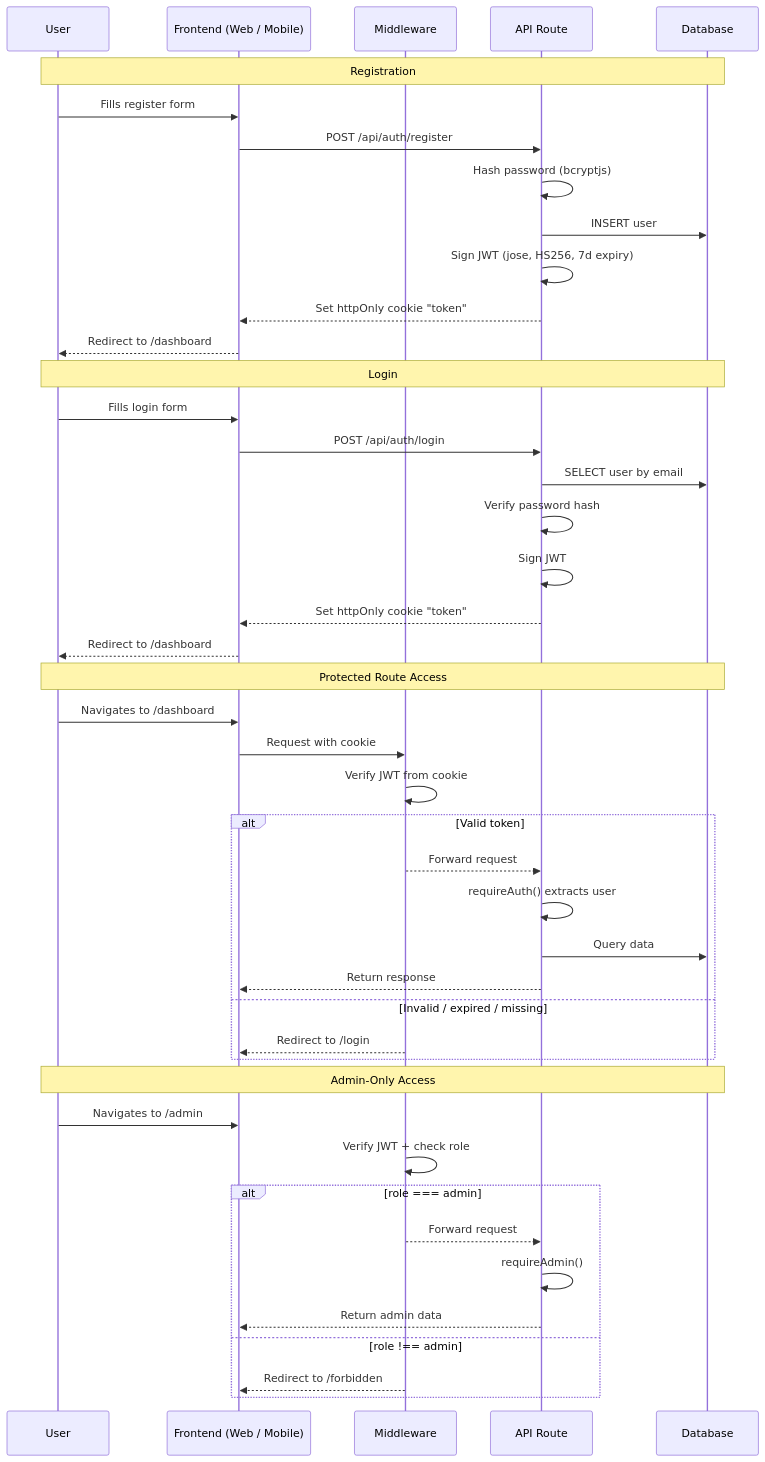
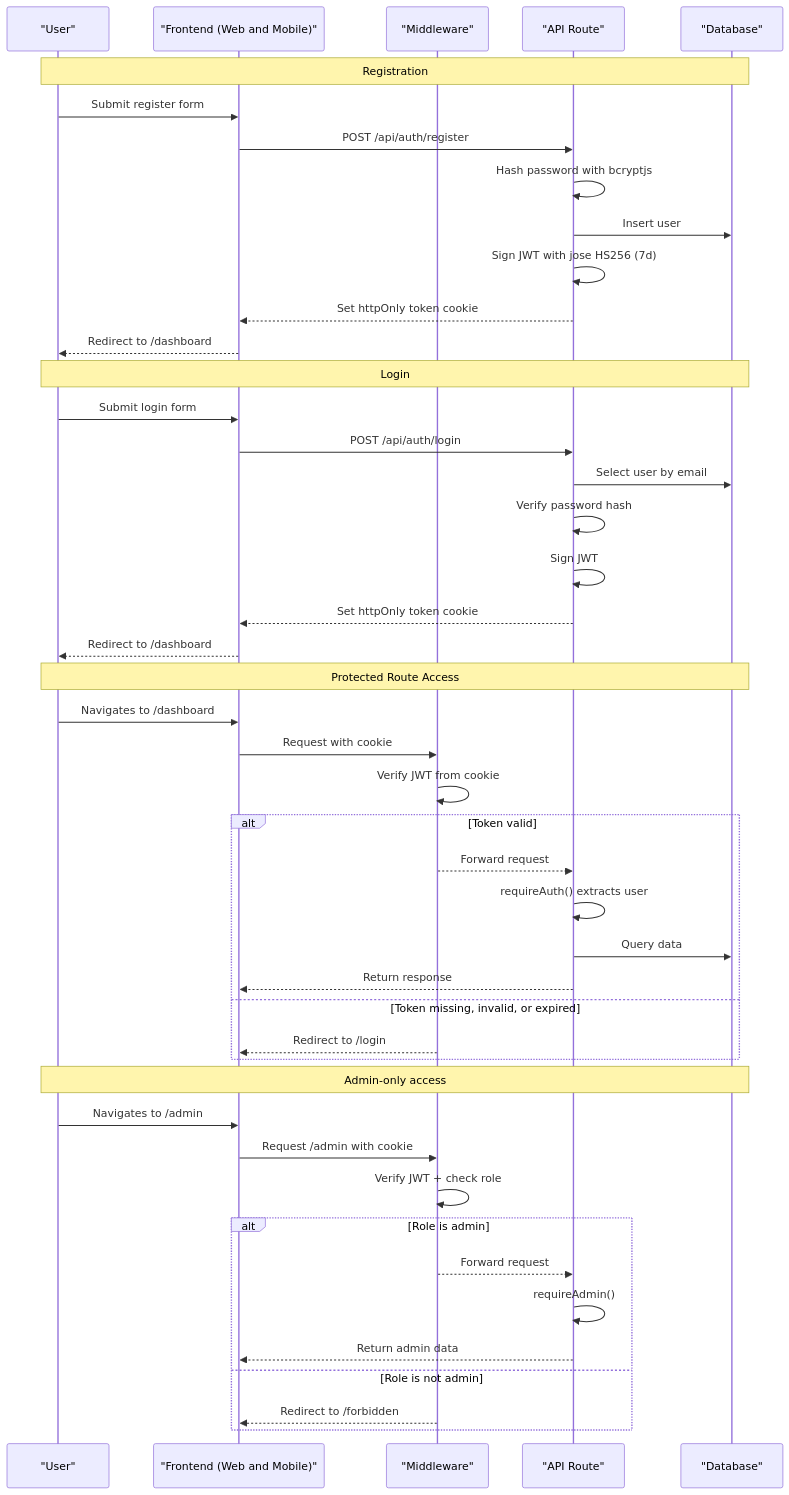
The second of 4 diagrams in README.md (mariva565/mariva565-full-stack-ai-capstone), drawn with Mermaid before and after one commit. The commit also changed 1 other file, not shown here.

Commit message:
docs: update registration sequence diagram in README and initialize developer log

````diff
--- a/README.md
+++ b/README.md
@@ -154,50 +154,51 @@
 ```mermaid
 sequenceDiagram
-    participant U as User
-    participant F as Frontend (Web / Mobile)
-    participant M as Middleware
-    participant A as API Route
-    participant D as Database
+    participant U as "User"
+    participant F as "Frontend (Web and Mobile)"
+    participant M as "Middleware"
+    participant A as "API Route"
+    participant D as "Database"
 
     Note over U,D: Registration
-    U->>F: Fills register form
+    U->>F: Submit register form
     F->>A: POST /api/auth/register
-    A->>A: Hash password (bcryptjs)
-    A->>D: INSERT user
-    A->>A: Sign JWT (jose, HS256, 7d expiry)
-    A-->>F: Set httpOnly cookie "token"
+    A->>A: Hash password with bcryptjs
+    A->>D: Insert user
+    A->>A: Sign JWT with jose HS256 (7d)
+    A-->>F: Set httpOnly token cookie
     F-->>U: Redirect to /dashboard
 
     Note over U,D: Login
-    U->>F: Fills login form
+    U->>F: Submit login form
     F->>A: POST /api/auth/login
-    A->>D: SELECT user by email
+    A->>D: Select user by email
     A->>A: Verify password hash
     A->>A: Sign JWT
-    A-->>F: Set httpOnly cookie "token"
+    A-->>F: Set httpOnly token cookie
     F-->>U: Redirect to /dashboard
 
     Note over U,D: Protected Route Access
     U->>F: Navigates to /dashboard
     F->>M: Request with cookie
     M->>M: Verify JWT from cookie
-    alt Valid token
+    alt Token valid
         M-->>A: Forward request
         A->>A: requireAuth() extracts user
         A->>D: Query data
         A-->>F: Return response
-    else Invalid / expired / missing
+    else Token missing, invalid, or expired
         M-->>F: Redirect to /login
     end
 
-    Note over U,D: Admin-Only Access
+    Note over U,D: Admin-only access
     U->>F: Navigates to /admin
+    F->>M: Request /admin with cookie
     M->>M: Verify JWT + check role
-    alt role === admin
+    alt Role is admin
         M-->>A: Forward request
         A->>A: requireAdmin()
         A-->>F: Return admin data
-    else role !== admin
+    else Role is not admin
         M-->>F: Redirect to /forbidden
     end
 ```
````
